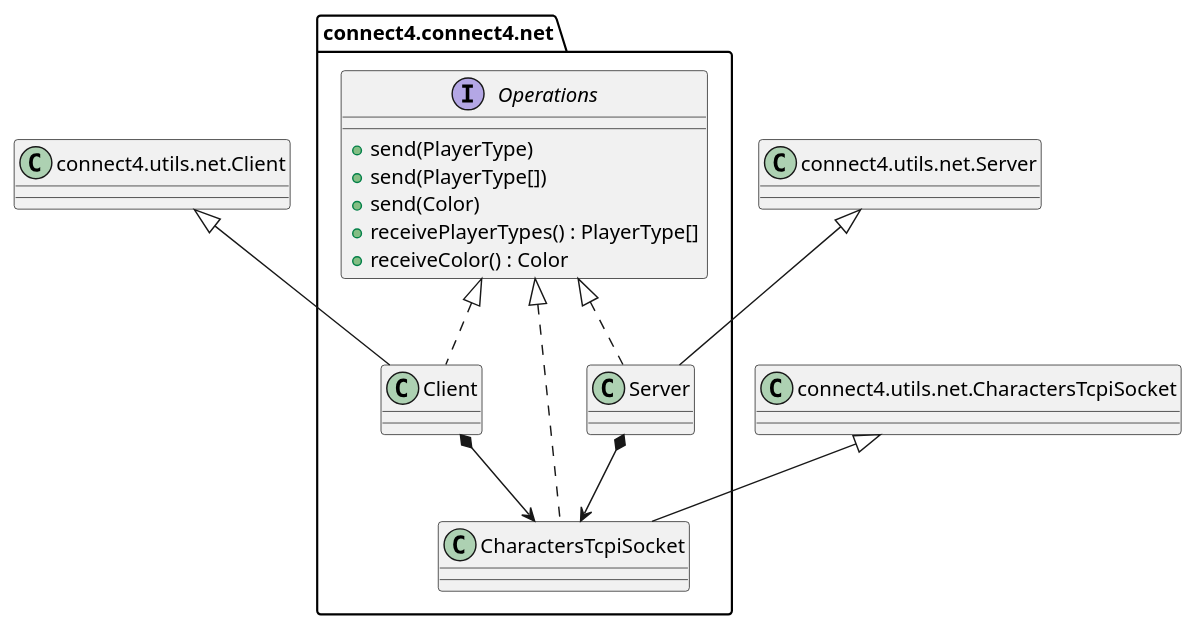
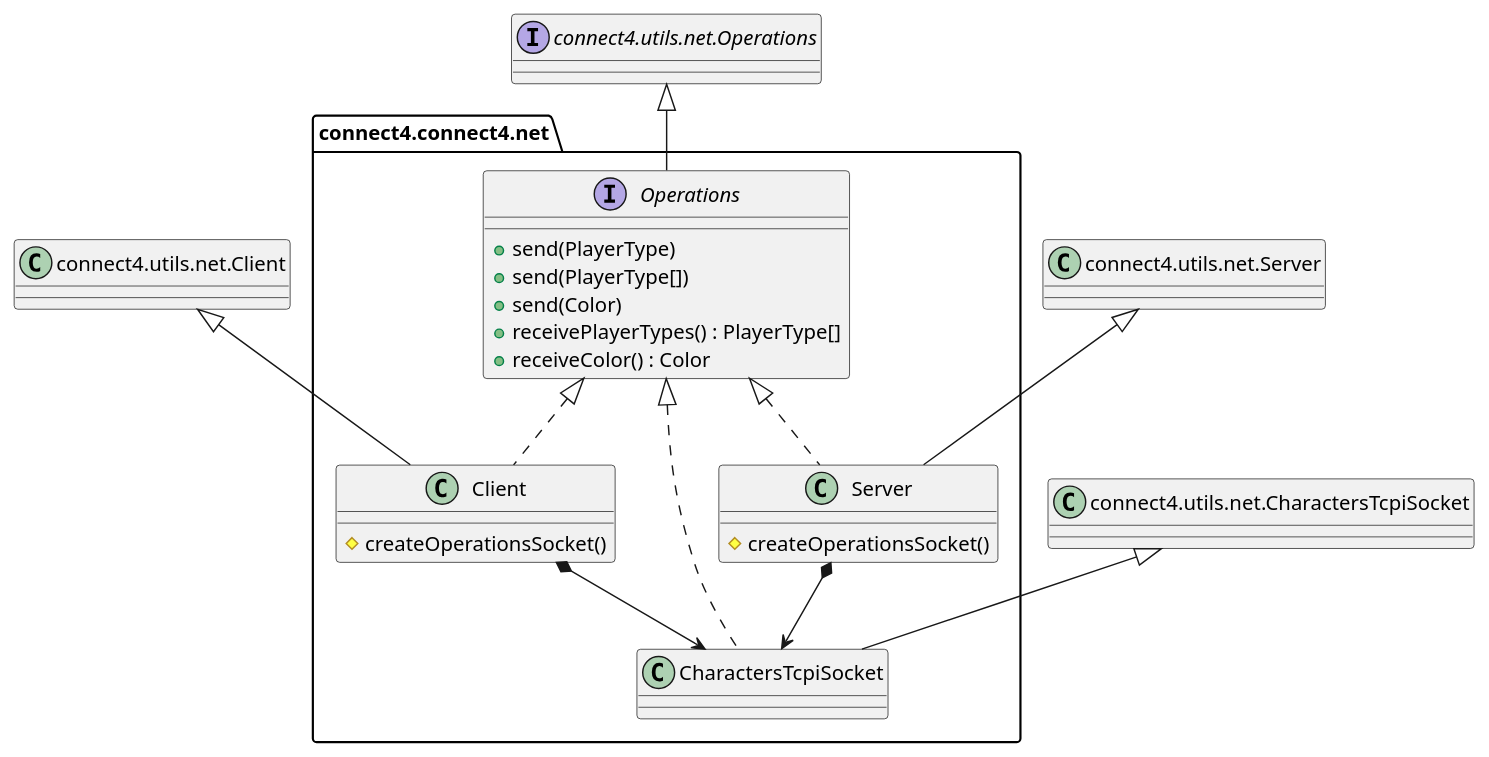
One commit to js-rom/connect4 changed the diagram in connect4/Docs/diagrams/src/packages/connect4.connect4.net.plantuml. Above: the diagram before and after it, drawn with PlantUML. The commit also changed 3 other files, not shown here.

```diff
--- a/connect4/Docs/diagrams/src/packages/connect4.connect4.net.plantuml
+++ b/connect4/Docs/diagrams/src/packages/connect4.connect4.net.plantuml
@@ -1,33 +1,37 @@
 @startuml connect4.net
 
 package net as "connect4.connect4.net" {
     interface Operations {
         + send(PlayerType)
         + send(PlayerType[])
         +send(Color)
         + receivePlayerTypes() : PlayerType[]
         + receiveColor() : Color
     }
     class Client {
+        # createOperationsSocket()
     }
     class Server {
+        # createOperationsSocket()
     }
     class CharactersTcpiSocket {
 
     }
 }
 
 class Client as "connect4.utils.net.Client"
 class Server as "connect4.utils.net.Server"
 class CharactersTcpiSocket as "connect4.utils.net.CharactersTcpiSocket"
+interface Operations as "connect4.utils.net.Operations"
 
-Operations <|.. net.Client
-Operations <|.. net.Server
-Operations <|.. net.CharactersTcpiSocket
+net.Operations <|.. net.Client
+net.Operations <|.. net.Server
+net.Operations <|.. net.CharactersTcpiSocket
 net.Client *--> net.CharactersTcpiSocket
 net.Server *--> net.CharactersTcpiSocket
 CharactersTcpiSocket <|-- net.CharactersTcpiSocket
 Client <|-- net.Client
 Server <|-- net.Server
+Operations <|-- net.Operations
 
 @enduml
```
